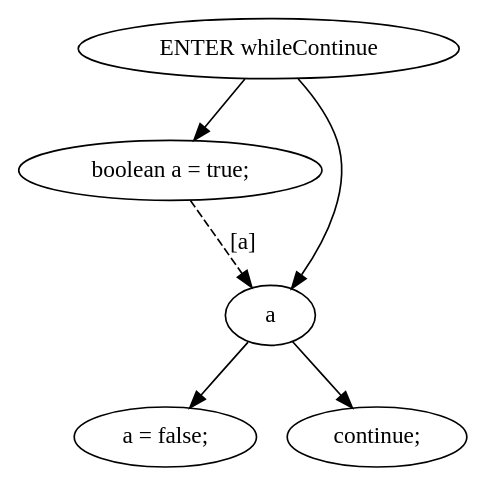
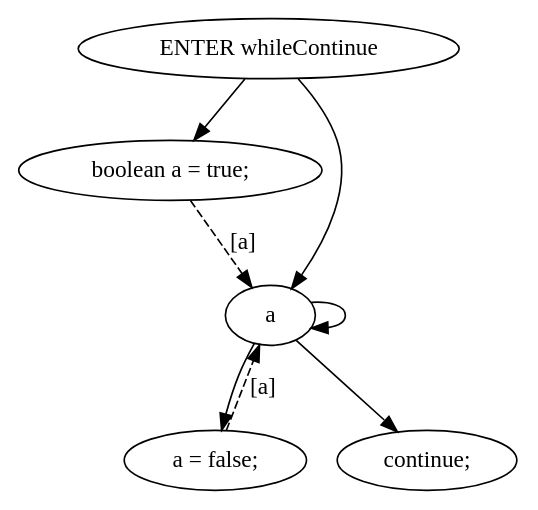
The diagram in staticSlicer/data/testcases/output/while/WhileTest/pdg/dot/whileContinue().dot (Surprise-Jing/Java-oriented-analysis-and-understanding-tools), drawn with Graphviz before and after one commit. The commit also changed 92 other files, not shown here.

Commit message:
修改依赖图的生成逻辑

```diff
--- a/staticSlicer/data/testcases/output/while/WhileTest/pdg/dot/whileContinue().dot
+++ b/staticSlicer/data/testcases/output/while/WhileTest/pdg/dot/whileContinue().dot
@@ -1,12 +1,14 @@
 digraph G {
   0 [ label="ENTER whileContinue" ];
   2 [ label="boolean a = true;" ];
   3 [ label="a" ];
   4 [ label="a = false;" ];
   5 [ label="continue;" ];
+  2 -> 3 [ style="dashed" label="[a]" ];
+  4 -> 3 [ style="dashed" label="[a]" ];
   0 -> 2 [ ];
   0 -> 3 [ ];
   3 -> 4 [ ];
   3 -> 5 [ ];
-  2 -> 3 [ style="dashed" label="[a]" ];
+  3 -> 3 [ ];
 }
```
